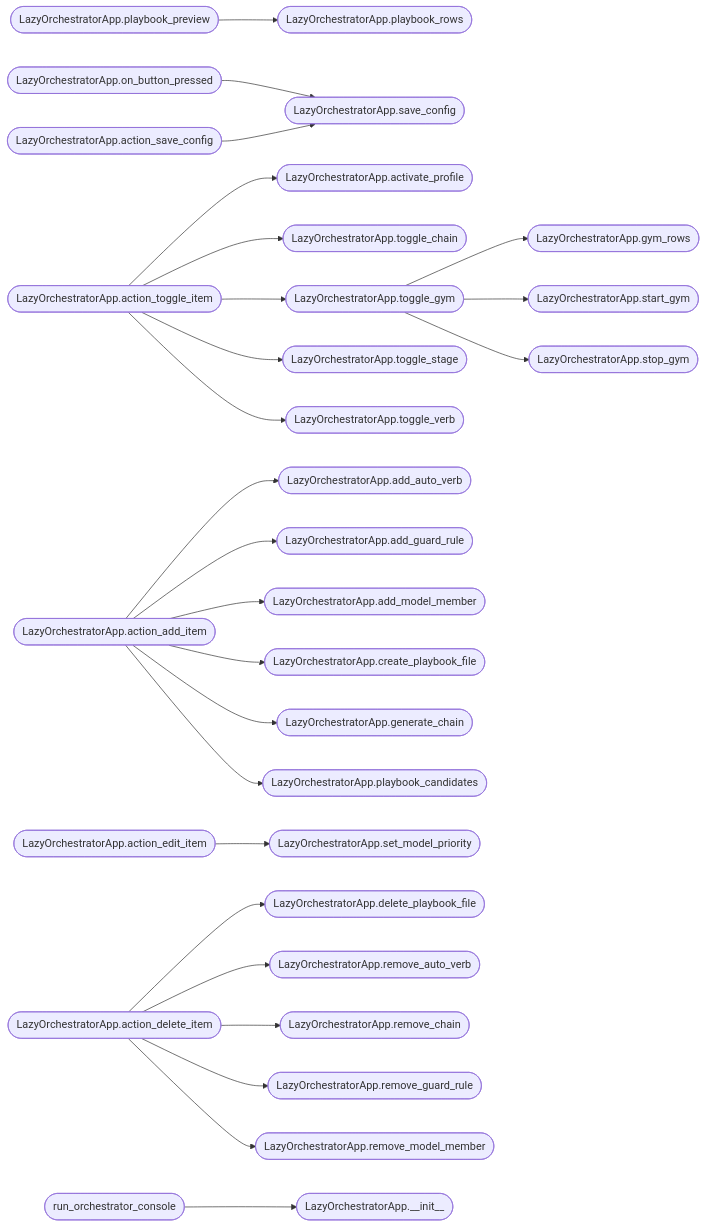
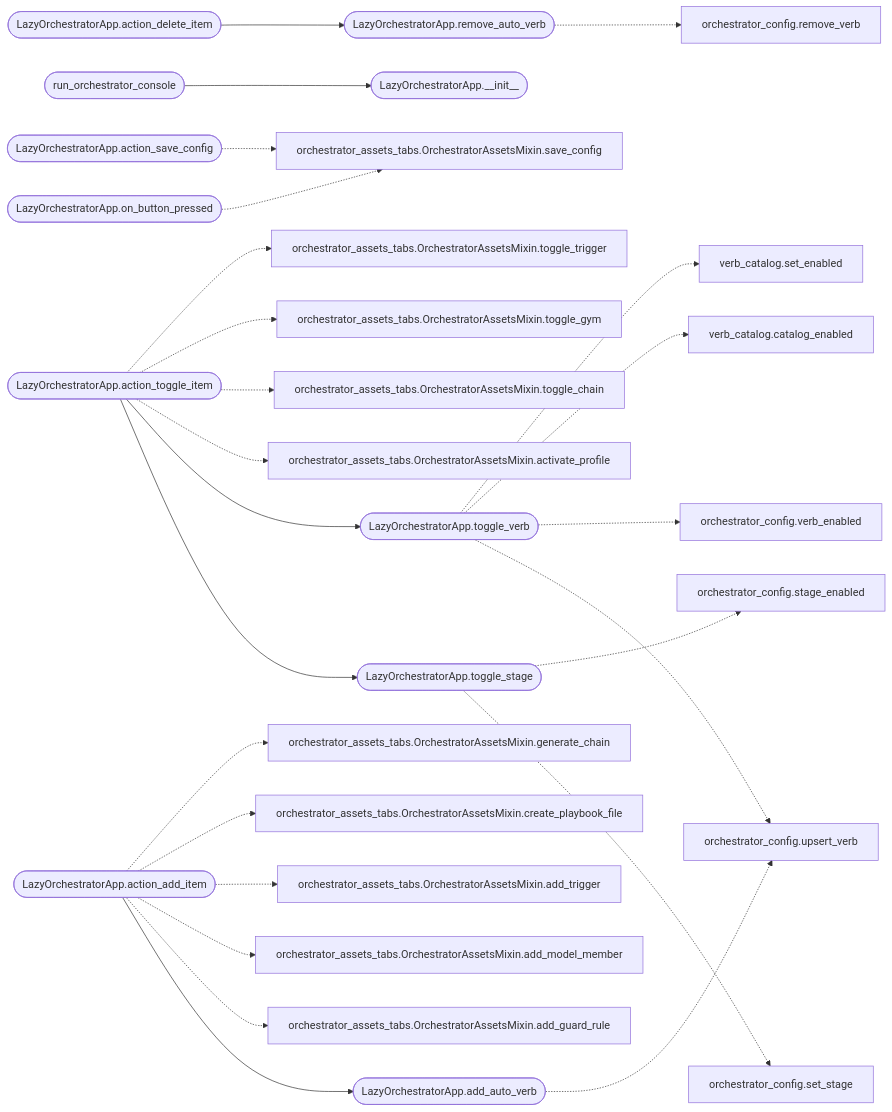
The second of 2 diagrams in readmenator-apidocs/modules/cli.lazy_orchestrator.py.md (grisuno/LazyOwn), drawn with Mermaid before and after one commit. The commit also changed other lines of this file and 378 other files, not shown here.

First line of the commit message:
test(module): new verbs and verbs commands, autoplot lazy_trigger, lazy_orchestator tasks api orchestate

````diff
--- a/readmenator-apidocs/modules/cli.lazy_orchestrator.py.md
+++ b/readmenator-apidocs/modules/cli.lazy_orchestrator.py.md
@@ -67,58 +59,55 @@
 ```mermaid
 flowchart LR
-    n_cli_lazy_orchestrator_py__LazyOrchestratorApp_playbook_preview(["LazyOrchestratorApp.playbook_preview"])
-    n_cli_lazy_orchestrator_py__LazyOrchestratorApp_playbook_rows(["LazyOrchestratorApp.playbook_rows"])
-    n_cli_lazy_orchestrator_py__LazyOrchestratorApp_toggle_gym(["LazyOrchestratorApp.toggle_gym"])
-    n_cli_lazy_orchestrator_py__LazyOrchestratorApp_gym_rows(["LazyOrchestratorApp.gym_rows"])
-    n_cli_lazy_orchestrator_py__LazyOrchestratorApp_start_gym(["LazyOrchestratorApp.start_gym"])
-    n_cli_lazy_orchestrator_py__LazyOrchestratorApp_stop_gym(["LazyOrchestratorApp.stop_gym"])
-    n_cli_lazy_orchestrator_py__LazyOrchestratorApp_on_button_pressed(["LazyOrchestratorApp.on_button_pressed"])
-    n_cli_lazy_orchestrator_py__LazyOrchestratorApp_save_config(["LazyOrchestratorApp.save_config"])
     n_cli_lazy_orchestrator_py__LazyOrchestratorApp_action_toggle_item(["LazyOrchestratorApp.action_toggle_item"])
-    n_cli_lazy_orchestrator_py__LazyOrchestratorApp_activate_profile(["LazyOrchestratorApp.activate_profile"])
-    n_cli_lazy_orchestrator_py__LazyOrchestratorApp_toggle_chain(["LazyOrchestratorApp.toggle_chain"])
     n_cli_lazy_orchestrator_py__LazyOrchestratorApp_toggle_stage(["LazyOrchestratorApp.toggle_stage"])
     n_cli_lazy_orchestrator_py__LazyOrchestratorApp_toggle_verb(["LazyOrchestratorApp.toggle_verb"])
-    n_cli_lazy_orchestrator_py__LazyOrchestratorApp_action_save_config(["LazyOrchestratorApp.action_save_config"])
     n_cli_lazy_orchestrator_py__LazyOrchestratorApp_action_add_item(["LazyOrchestratorApp.action_add_item"])
     n_cli_lazy_orchestrator_py__LazyOrchestratorApp_add_auto_verb(["LazyOrchestratorApp.add_auto_verb"])
-    n_cli_lazy_orchestrator_py__LazyOrchestratorApp_add_guard_rule(["LazyOrchestratorApp.add_guard_rule"])
-    n_cli_lazy_orchestrator_py__LazyOrchestratorApp_add_model_member(["LazyOrchestratorApp.add_model_member"])
-    n_cli_lazy_orchestrator_py__LazyOrchestratorApp_create_playbook_file(["LazyOrchestratorApp.create_playbook_file"])
-    n_cli_lazy_orchestrator_py__LazyOrchestratorApp_generate_chain(["LazyOrchestratorApp.generate_chain"])
-    n_cli_lazy_orchestrator_py__LazyOrchestratorApp_playbook_candidates(["LazyOrchestratorApp.playbook_candidates"])
-    n_cli_lazy_orchestrator_py__LazyOrchestratorApp_action_edit_item(["LazyOrchestratorApp.action_edit_item"])
-    n_cli_lazy_orchestrator_py__LazyOrchestratorApp_set_model_priority(["LazyOrchestratorApp.set_model_priority"])
     n_cli_lazy_orchestrator_py__LazyOrchestratorApp_action_delete_item(["LazyOrchestratorApp.action_delete_item"])
-    n_cli_lazy_orchestrator_py__LazyOrchestratorApp_delete_playbook_file(["LazyOrchestratorApp.delete_playbook_file"])
     n_cli_lazy_orchestrator_py__LazyOrchestratorApp_remove_auto_verb(["LazyOrchestratorApp.remove_auto_verb"])
-    n_cli_lazy_orchestrator_py__LazyOrchestratorApp_remove_chain(["LazyOrchestratorApp.remove_chain"])
-    n_cli_lazy_orchestrator_py__LazyOrchestratorApp_remove_guard_rule(["LazyOrchestratorApp.remove_guard_rule"])
-    n_cli_lazy_orchestrator_py__LazyOrchestratorApp_remove_model_member(["LazyOrchestratorApp.remove_model_member"])
     n_cli_lazy_orchestrator_py__run_orchestrator_console(["run_orchestrator_console"])
     n_cli_lazy_orchestrator_py__LazyOrchestratorApp___init__(["LazyOrchestratorApp.__init__"])
-    n_cli_lazy_orchestrator_py__LazyOrchestratorApp_playbook_preview --> n_cli_lazy_orchestrator_py__LazyOrchestratorApp_playbook_rows
-    n_cli_lazy_orchestrator_py__LazyOrchestratorApp_toggle_gym --> n_cli_lazy_orchestrator_py__LazyOrchestratorApp_gym_rows
-    n_cli_lazy_orchestrator_py__LazyOrchestratorApp_toggle_gym --> n_cli_lazy_orchestrator_py__LazyOrchestratorApp_start_gym
-    n_cli_lazy_orchestrator_py__LazyOrchestratorApp_toggle_gym --> n_cli_lazy_orchestrator_py__LazyOrchestratorApp_stop_gym
-    n_cli_lazy_orchestrator_py__LazyOrchestratorApp_on_button_pressed --> n_cli_lazy_orchestrator_py__LazyOrchestratorApp_save_config
-    n_cli_lazy_orchestrator_py__LazyOrchestratorApp_action_toggle_item --> n_cli_lazy_orchestrator_py__LazyOrchestratorApp_activate_profile
-    n_cli_lazy_orchestrator_py__LazyOrchestratorApp_action_toggle_item --> n_cli_lazy_orchestrator_py__LazyOrchestratorApp_toggle_chain
-    n_cli_lazy_orchestrator_py__LazyOrchestratorApp_action_toggle_item --> n_cli_lazy_orchestrator_py__LazyOrchestratorApp_toggle_gym
+    n_modules_orchestrator_config_py__set_stage["orchestrator_config.set_stage"]
+    n_modules_orchestrator_config_py__stage_enabled["orchestrator_config.stage_enabled"]
+    n_modules_orchestrator_config_py__upsert_verb["orchestrator_config.upsert_verb"]
+    n_modules_orchestrator_config_py__verb_enabled["orchestrator_config.verb_enabled"]
+    n_modules_verb_catalog_py__catalog_enabled["verb_catalog.catalog_enabled"]
+    n_modules_verb_catalog_py__set_enabled["verb_catalog.set_enabled"]
+    n_modules_orchestrator_config_py__remove_verb["orchestrator_config.remove_verb"]
+    n_cli_lazy_orchestrator_py__LazyOrchestratorApp_on_button_pressed(["LazyOrchestratorApp.on_button_pressed"])
+    n_cli_orchestrator_assets_tabs_py__OrchestratorAssetsMixin_save_config["orchestrator_assets_tabs.OrchestratorAssetsMixin.save_config"]
+    n_cli_orchestrator_assets_tabs_py__OrchestratorAssetsMixin_activate_profile["orchestrator_assets_tabs.OrchestratorAssetsMixin.activate_profile"]
+    n_cli_orchestrator_assets_tabs_py__OrchestratorAssetsMixin_toggle_chain["orchestrator_assets_tabs.OrchestratorAssetsMixin.toggle_chain"]
+    n_cli_orchestrator_assets_tabs_py__OrchestratorAssetsMixin_toggle_gym["orchestrator_assets_tabs.OrchestratorAssetsMixin.toggle_gym"]
+    n_cli_orchestrator_assets_tabs_py__OrchestratorAssetsMixin_toggle_trigger["orchestrator_assets_tabs.OrchestratorAssetsMixin.toggle_trigger"]
+    n_cli_lazy_orchestrator_py__LazyOrchestratorApp_action_save_config(["LazyOrchestratorApp.action_save_config"])
+    n_cli_orchestrator_assets_tabs_py__OrchestratorAssetsMixin_add_guard_rule["orchestrator_assets_tabs.OrchestratorAssetsMixin.add_guard_rule"]
+    n_cli_orchestrator_assets_tabs_py__OrchestratorAssetsMixin_add_model_member["orchestrator_assets_tabs.OrchestratorAssetsMixin.add_model_member"]
+    n_cli_orchestrator_assets_tabs_py__OrchestratorAssetsMixin_add_trigger["orchestrator_assets_tabs.OrchestratorAssetsMixin.add_trigger"]
+    n_cli_orchestrator_assets_tabs_py__OrchestratorAssetsMixin_create_playbook_file["orchestrator_assets_tabs.OrchestratorAssetsMixin.create_playbook_file"]
+    n_cli_orchestrator_assets_tabs_py__OrchestratorAssetsMixin_generate_chain["orchestrator_assets_tabs.OrchestratorAssetsMixin.generate_chain"]
     n_cli_lazy_orchestrator_py__LazyOrchestratorApp_action_toggle_item --> n_cli_lazy_orchestrator_py__LazyOrchestratorApp_toggle_stage
     n_cli_lazy_orchestrator_py__LazyOrchestratorApp_action_toggle_item --> n_cli_lazy_orchestrator_py__LazyOrchestratorApp_toggle_verb
-    n_cli_lazy_orchestrator_py__LazyOrchestratorApp_action_save_config --> n_cli_lazy_orchestrator_py__LazyOrchestratorApp_save_config
     n_cli_lazy_orchestrator_py__LazyOrchestratorApp_action_add_item --> n_cli_lazy_orchestrator_py__LazyOrchestratorApp_add_auto_verb
-    n_cli_lazy_orchestrator_py__LazyOrchestratorApp_action_add_item --> n_cli_lazy_orchestrator_py__LazyOrchestratorApp_add_guard_rule
-    n_cli_lazy_orchestrator_py__LazyOrchestratorApp_action_add_item --> n_cli_lazy_orchestrator_py__LazyOrchestratorApp_add_model_member
-    n_cli_lazy_orchestrator_py__LazyOrchestratorApp_action_add_item --> n_cli_lazy_orchestrator_py__LazyOrchestratorApp_create_playbook_file
-    n_cli_lazy_orchestrator_py__LazyOrchestratorApp_action_add_item --> n_cli_lazy_orchestrator_py__LazyOrchestratorApp_generate_chain
-    n_cli_lazy_orchestrator_py__LazyOrchestratorApp_action_add_item --> n_cli_lazy_orchestrator_py__LazyOrchestratorApp_playbook_candidates
-    n_cli_lazy_orchestrator_py__LazyOrchestratorApp_action_edit_item --> n_cli_lazy_orchestrator_py__LazyOrchestratorApp_set_model_priority
-    n_cli_lazy_orchestrator_py__LazyOrchestratorApp_action_delete_item --> n_cli_lazy_orchestrator_py__LazyOrchestratorApp_delete_playbook_file
     n_cli_lazy_orchestrator_py__LazyOrchestratorApp_action_delete_item --> n_cli_lazy_orchestrator_py__LazyOrchestratorApp_remove_auto_verb
-    n_cli_lazy_orchestrator_py__LazyOrchestratorApp_action_delete_item --> n_cli_lazy_orchestrator_py__LazyOrchestratorApp_remove_chain
-    n_cli_lazy_orchestrator_py__LazyOrchestratorApp_action_delete_item --> n_cli_lazy_orchestrator_py__LazyOrchestratorApp_remove_guard_rule
-    n_cli_lazy_orchestrator_py__LazyOrchestratorApp_action_delete_item --> n_cli_lazy_orchestrator_py__LazyOrchestratorApp_remove_model_member
     n_cli_lazy_orchestrator_py__run_orchestrator_console --> n_cli_lazy_orchestrator_py__LazyOrchestratorApp___init__
+    n_cli_lazy_orchestrator_py__LazyOrchestratorApp_toggle_stage -.-> n_modules_orchestrator_config_py__set_stage
+    n_cli_lazy_orchestrator_py__LazyOrchestratorApp_toggle_stage -.-> n_modules_orchestrator_config_py__stage_enabled
+    n_cli_lazy_orchestrator_py__LazyOrchestratorApp_toggle_verb -.-> n_modules_orchestrator_config_py__upsert_verb
+    n_cli_lazy_orchestrator_py__LazyOrchestratorApp_toggle_verb -.-> n_modules_orchestrator_config_py__verb_enabled
+    n_cli_lazy_orchestrator_py__LazyOrchestratorApp_toggle_verb -.-> n_modules_verb_catalog_py__catalog_enabled
+    n_cli_lazy_orchestrator_py__LazyOrchestratorApp_toggle_verb -.-> n_modules_verb_catalog_py__set_enabled
+    n_cli_lazy_orchestrator_py__LazyOrchestratorApp_add_auto_verb -.-> n_modules_orchestrator_config_py__upsert_verb
+    n_cli_lazy_orchestrator_py__LazyOrchestratorApp_remove_auto_verb -.-> n_modules_orchestrator_config_py__remove_verb
+    n_cli_lazy_orchestrator_py__LazyOrchestratorApp_on_button_pressed -.-> n_cli_orchestrator_assets_tabs_py__OrchestratorAssetsMixin_save_config
+    n_cli_lazy_orchestrator_py__LazyOrchestratorApp_action_toggle_item -.-> n_cli_orchestrator_assets_tabs_py__OrchestratorAssetsMixin_activate_profile
+    n_cli_lazy_orchestrator_py__LazyOrchestratorApp_action_toggle_item -.-> n_cli_orchestrator_assets_tabs_py__OrchestratorAssetsMixin_toggle_chain
+    n_cli_lazy_orchestrator_py__LazyOrchestratorApp_action_toggle_item -.-> n_cli_orchestrator_assets_tabs_py__OrchestratorAssetsMixin_toggle_gym
+    n_cli_lazy_orchestrator_py__LazyOrchestratorApp_action_toggle_item -.-> n_cli_orchestrator_assets_tabs_py__OrchestratorAssetsMixin_toggle_trigger
+    n_cli_lazy_orchestrator_py__LazyOrchestratorApp_action_save_config -.-> n_cli_orchestrator_assets_tabs_py__OrchestratorAssetsMixin_save_config
+    n_cli_lazy_orchestrator_py__LazyOrchestratorApp_action_add_item -.-> n_cli_orchestrator_assets_tabs_py__OrchestratorAssetsMixin_add_guard_rule
+    n_cli_lazy_orchestrator_py__LazyOrchestratorApp_action_add_item -.-> n_cli_orchestrator_assets_tabs_py__OrchestratorAssetsMixin_add_model_member
+    n_cli_lazy_orchestrator_py__LazyOrchestratorApp_action_add_item -.-> n_cli_orchestrator_assets_tabs_py__OrchestratorAssetsMixin_add_trigger
+    n_cli_lazy_orchestrator_py__LazyOrchestratorApp_action_add_item -.-> n_cli_orchestrator_assets_tabs_py__OrchestratorAssetsMixin_create_playbook_file
+    n_cli_lazy_orchestrator_py__LazyOrchestratorApp_action_add_item -.-> n_cli_orchestrator_assets_tabs_py__OrchestratorAssetsMixin_generate_chain
 ```
````
